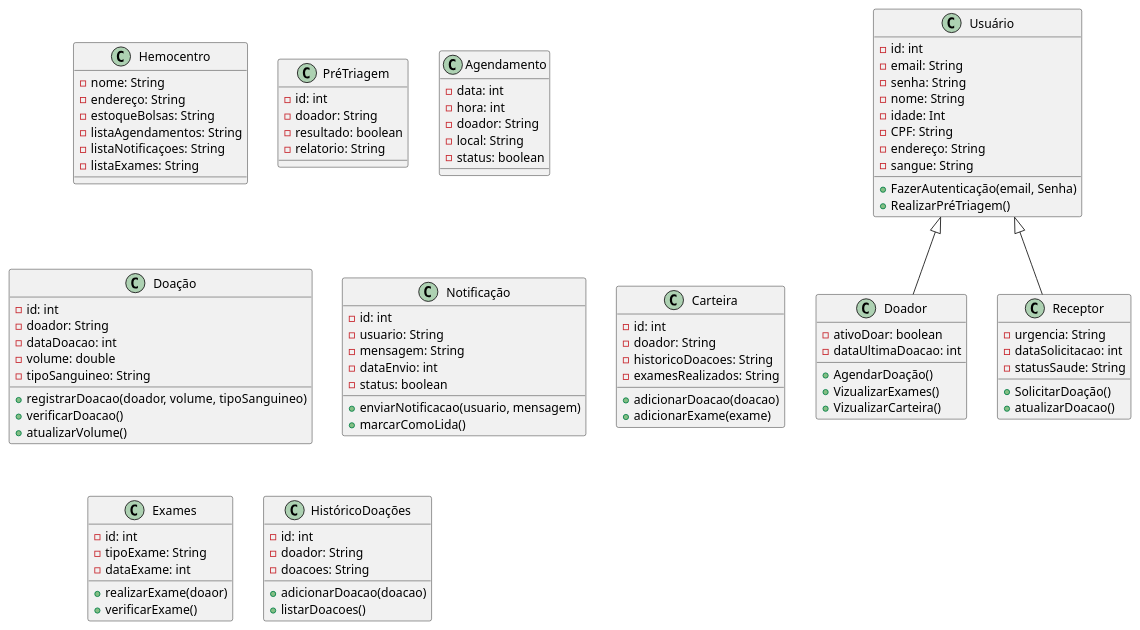
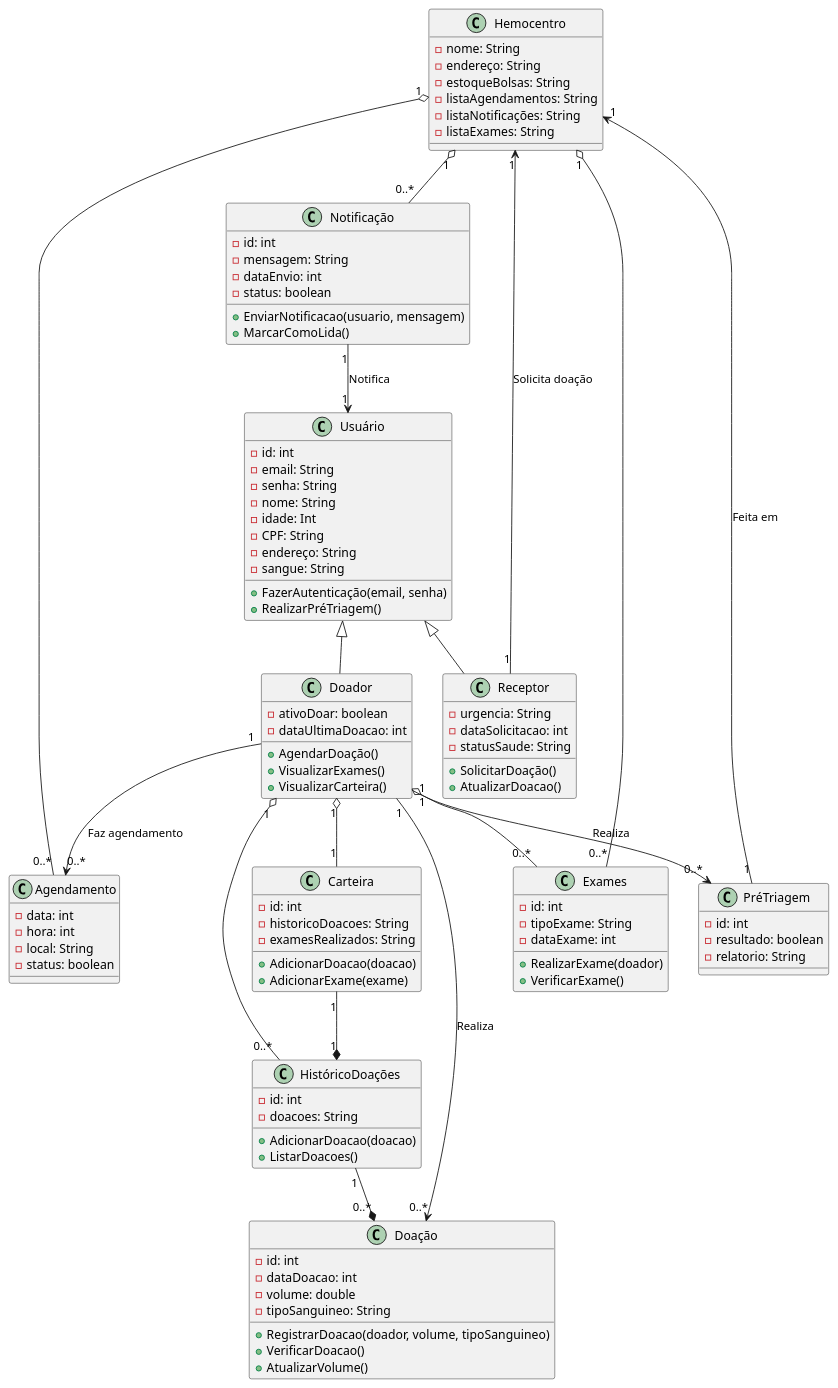
One commit to hebertluisoficial/HEMOBILE_UML changed the diagram in Diagramas/Classes/HEMOBILE-Classes.puml. Above: the diagram before and after it, drawn with PlantUML. The commit also changed 1 other file, not shown here.

```diff
--- a/Diagramas/Classes/HEMOBILE-Classes.puml
+++ b/Diagramas/Classes/HEMOBILE-Classes.puml
@@ -1,108 +1,119 @@
 @startuml HEMOBILE
 
 class Hemocentro {
     -nome: String
     -endereço: String
     -estoqueBolsas: String
     -listaAgendamentos: String
-    -listaNotificaçoes: String
+    -listaNotificações: String
     -listaExames: String
 }
 
 class Usuário {
     -id: int
     -email: String
     -senha: String
     -nome: String
     -idade: Int
     -CPF: String
     -endereço: String
     -sangue: String
 
-    +FazerAutenticação(email, Senha)
+    +FazerAutenticação(email, senha)
     +RealizarPréTriagem()
 }
 
 class Doador {
     -ativoDoar: boolean
     -dataUltimaDoacao: int
     +AgendarDoação()
-    +VizualizarExames()
-    +VizualizarCarteira()
+    +VisualizarExames()
+    +VisualizarCarteira()
 }
 
 class Receptor {
   -urgencia: String
   -dataSolicitacao: int
   -statusSaude: String
   +SolicitarDoação()
-  +atualizarDoacao()
+  +AtualizarDoacao()
 }
 
 class PréTriagem {
--id: int
--doador: String
--resultado: boolean
--relatorio: String
-'ultimo atributo dispensavel
-
+  -id: int
+  -resultado: boolean
+  -relatorio: String
 }
 
 class Agendamento {
--data: int
--hora: int
--doador: String
--local: String
--status: boolean
+  -data: int
+  -hora: int
+  -local: String
+  -status: boolean
 }
 
 class Doação {
--id: int
--doador: String
--dataDoacao: int
--volume: double
--tipoSanguineo: String
-+registrarDoacao(doador, volume, tipoSanguineo)
-+verificarDoacao()
-+atualizarVolume()
+  -id: int
+  -dataDoacao: int
+  -volume: double
+  -tipoSanguineo: String
+  +RegistrarDoacao(doador, volume, tipoSanguineo)
+  +VerificarDoacao()
+  +AtualizarVolume()
 }
 
 class Notificação {
--id: int
--usuario: String
--mensagem: String
--dataEnvio: int
--status: boolean
-+enviarNotificacao(usuario, mensagem)
-+marcarComoLida()
+  -id: int
+  -mensagem: String
+  -dataEnvio: int
+  -status: boolean
+  +EnviarNotificacao(usuario, mensagem)
+  +MarcarComoLida()
 }
 
 class Carteira {
--id: int
--doador: String
--historicoDoacoes: String
--examesRealizados: String
-+adicionarDoacao(doacao)
-+adicionarExame(exame)
+  -id: int
+  -historicoDoacoes: String
+  -examesRealizados: String
+  +AdicionarDoacao(doacao)
+  +AdicionarExame(exame)
 }
 
 class Exames {
--id: int
--tipoExame: String
--dataExame: int
-+realizarExame(doaor)
-+verificarExame()
+  -id: int
+  -tipoExame: String
+  -dataExame: int
+  +RealizarExame(doador)
+  +VerificarExame()
 }
 
 class HistóricoDoações {
--id: int
--doador: String
--doacoes: String
-+adicionarDoacao(doacao)
-+listarDoacoes()
+  -id: int
+  -doacoes: String
+  +AdicionarDoacao(doacao)
+  +ListarDoacoes()
 }
 
 Usuário <|-- Doador
 Usuário <|-- Receptor
 
+Hemocentro "1" o-- "0..*" Agendamento
+Hemocentro "1" o-- "0..*" Exames
+Hemocentro "1" o-- "0..*" Notificação
+
+Receptor "1" --> "1" Hemocentro : Solicita doação
+Notificação "1" --> "1" Usuário : Notifica
+
+Doador "1" o-- "1" Carteira
+Doador "1" o-- "0..*" HistóricoDoações
+Doador "1" o-- "0..*" Exames
+Doador "1" --> "0..*" Agendamento : Faz agendamento
+Doador "1" --> "0..*" Doação : Realiza
+
+Doador "1" --> "0..*" PréTriagem : Realiza
+PréTriagem "1" --> "1" Hemocentro : Feita em
+
+Carteira "1" --* "1" HistóricoDoações
+HistóricoDoações "1" --* "0..*" Doação
+
 @enduml
```
